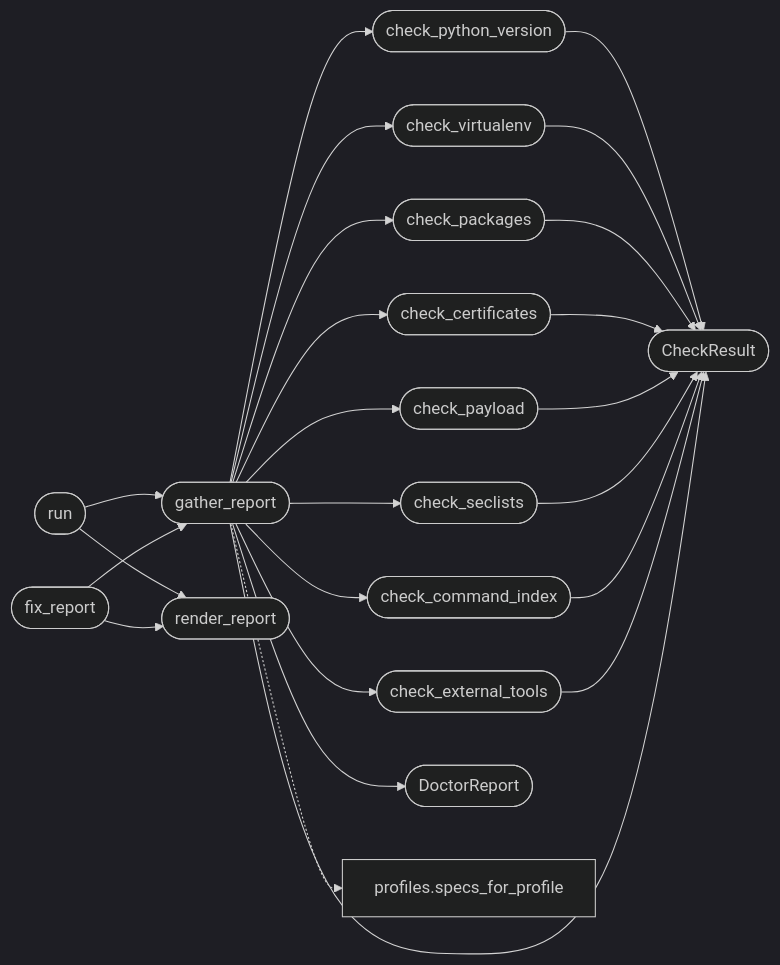
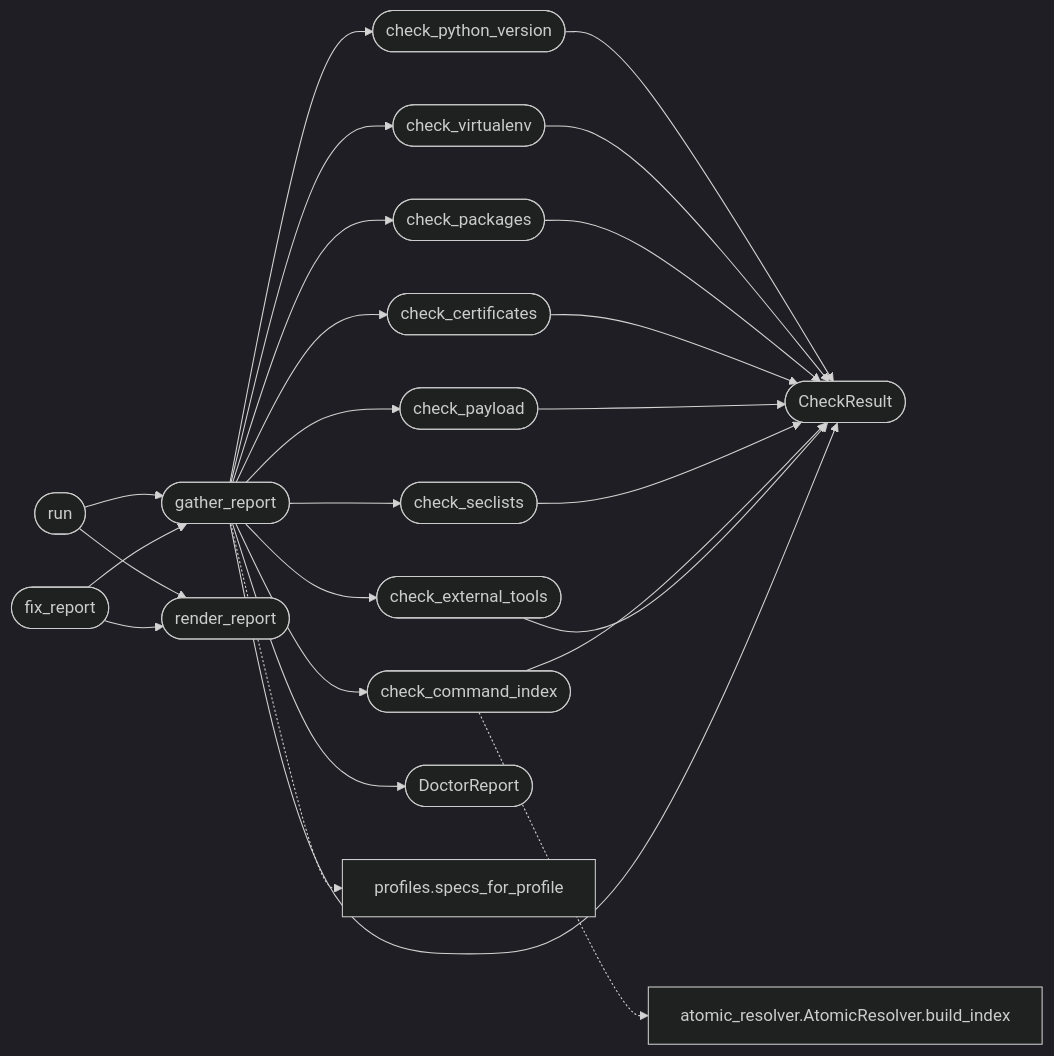
One commit to grisuno/LazyOwn changed the second of 2 diagrams in readmenator-apidocs/modules/cli.doctor.py.md. Above: the diagram before and after it, drawn with Mermaid (dark theme). The commit also changed other lines of this file and 472 other files, not shown here.

````diff
--- a/readmenator-apidocs/modules/cli.doctor.py.md
+++ b/readmenator-apidocs/modules/cli.doctor.py.md
@@ -58,41 +58,43 @@
 ```mermaid
 flowchart LR
     n_cli_doctor_py__check_python_version(["check_python_version"])
     n_cli_doctor_py__CheckResult(["CheckResult"])
     n_cli_doctor_py__check_virtualenv(["check_virtualenv"])
     n_cli_doctor_py__check_packages(["check_packages"])
     n_cli_doctor_py__check_certificates(["check_certificates"])
     n_cli_doctor_py__check_payload(["check_payload"])
     n_cli_doctor_py__check_seclists(["check_seclists"])
     n_cli_doctor_py__check_command_index(["check_command_index"])
     n_cli_doctor_py__check_external_tools(["check_external_tools"])
     n_cli_doctor_py__gather_report(["gather_report"])
     n_cli_doctor_py__DoctorReport(["DoctorReport"])
     n_cli_doctor_py__run(["run"])
     n_cli_doctor_py__render_report(["render_report"])
     n_cli_doctor_py__fix_report(["fix_report"])
+    n_modules_atomic_resolver_py__AtomicResolver_build_index["atomic_resolver.AtomicResolver.build_index"]
     n_core_profiles_py__specs_for_profile["profiles.specs_for_profile"]
     n_cli_doctor_py__check_python_version --> n_cli_doctor_py__CheckResult
     n_cli_doctor_py__check_virtualenv --> n_cli_doctor_py__CheckResult
     n_cli_doctor_py__check_packages --> n_cli_doctor_py__CheckResult
     n_cli_doctor_py__check_certificates --> n_cli_doctor_py__CheckResult
     n_cli_doctor_py__check_payload --> n_cli_doctor_py__CheckResult
     n_cli_doctor_py__check_seclists --> n_cli_doctor_py__CheckResult
     n_cli_doctor_py__check_command_index --> n_cli_doctor_py__CheckResult
     n_cli_doctor_py__check_external_tools --> n_cli_doctor_py__CheckResult
     n_cli_doctor_py__gather_report --> n_cli_doctor_py__CheckResult
     n_cli_doctor_py__gather_report --> n_cli_doctor_py__DoctorReport
     n_cli_doctor_py__gather_report --> n_cli_doctor_py__check_certificates
     n_cli_doctor_py__gather_report --> n_cli_doctor_py__check_command_index
     n_cli_doctor_py__gather_report --> n_cli_doctor_py__check_external_tools
     n_cli_doctor_py__gather_report --> n_cli_doctor_py__check_packages
     n_cli_doctor_py__gather_report --> n_cli_doctor_py__check_payload
     n_cli_doctor_py__gather_report --> n_cli_doctor_py__check_python_version
     n_cli_doctor_py__gather_report --> n_cli_doctor_py__check_seclists
     n_cli_doctor_py__gather_report --> n_cli_doctor_py__check_virtualenv
     n_cli_doctor_py__run --> n_cli_doctor_py__gather_report
     n_cli_doctor_py__run --> n_cli_doctor_py__render_report
     n_cli_doctor_py__fix_report --> n_cli_doctor_py__gather_report
     n_cli_doctor_py__fix_report --> n_cli_doctor_py__render_report
+    n_cli_doctor_py__check_command_index -.-> n_modules_atomic_resolver_py__AtomicResolver_build_index
     n_cli_doctor_py__gather_report -.-> n_core_profiles_py__specs_for_profile
 ```
````
